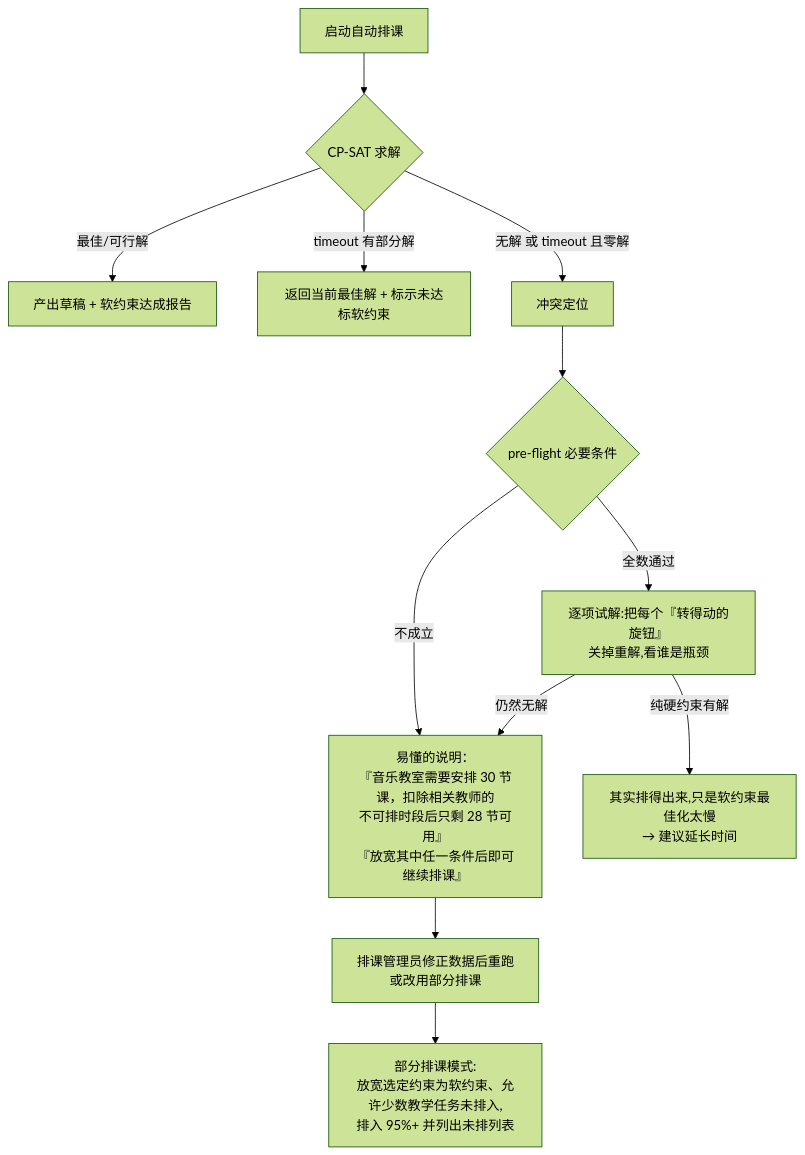
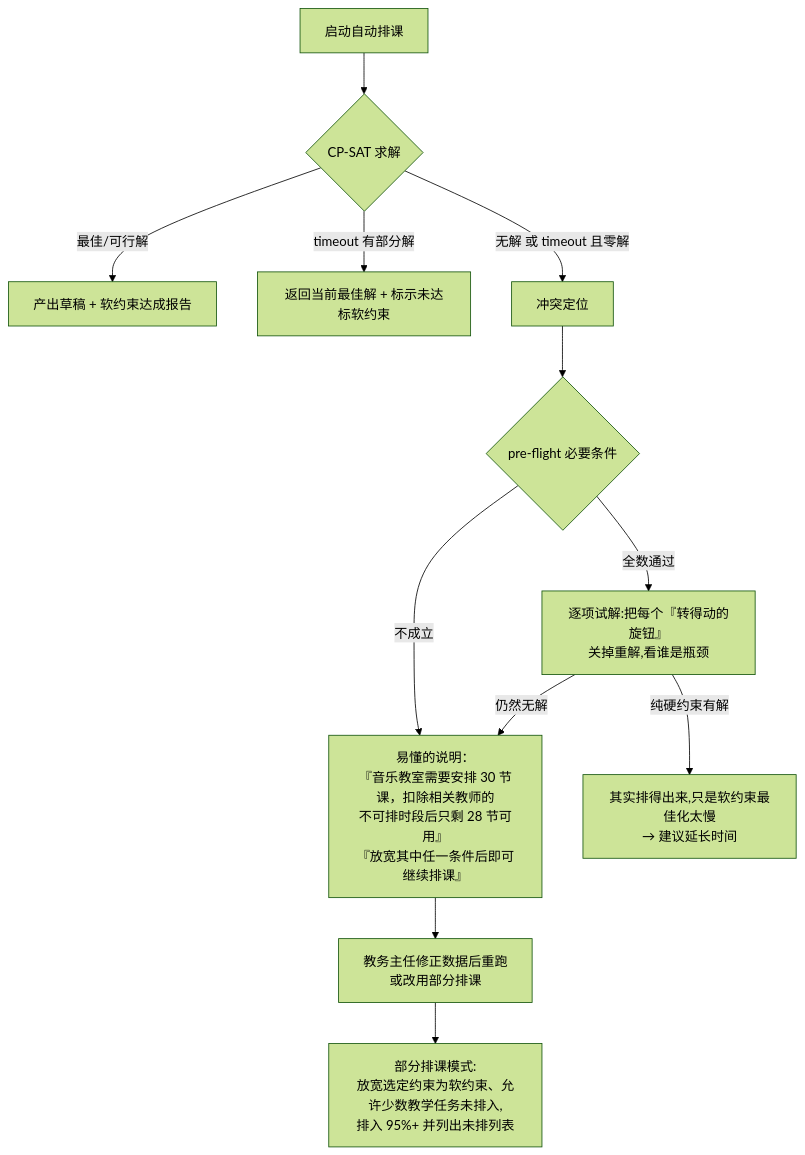
The second of 4 diagrams in docs/architecture.md (sine-io/Course_Scheduling_System), drawn with Mermaid (forest theme) before and after one commit. The commit also changed other lines of this file and 224 other files, not shown here.

````diff
--- a/docs/architecture.md
+++ b/docs/architecture.md
@@ -306,14 +305,14 @@
 ```mermaid
 flowchart TD
     A[启动自动排课] --> B{CP-SAT 求解}
     B -->|最佳/可行解| C[产出草稿 + 软约束达成报告]
     B -->|timeout 有部分解| D[返回当前最佳解 + 标示未达标软约束]
     B -->|无解 或 timeout 且零解| E[冲突定位]
     E --> P{pre-flight 必要条件}
     P -->|不成立| G
     P -->|全数通过| F["逐项试解:把每个『转得动的旋钮』<br/>关掉重解,看谁是瓶颈"]
     F -->|纯硬约束有解| J["其实排得出来,只是软约束最佳化太慢<br/>→ 建议延长时间"]
     F -->|仍然无解| G["易懂的说明：<br/>『音乐教室需要安排 30 节课，扣除相关教师的<br/>不可排时段后只剩 28 节可用』<br/>『放宽其中任一条件后即可继续排课』"]
-    G --> H[排课管理员修正数据后重跑<br/>或改用部分排课]
+    G --> H[教务主任修正数据后重跑<br/>或改用部分排课]
     H --> I["部分排课模式:<br/>放宽选定约束为软约束、允许少数教学任务未排入,<br/>排入 95%+ 并列出未排列表"]
 ```
````
